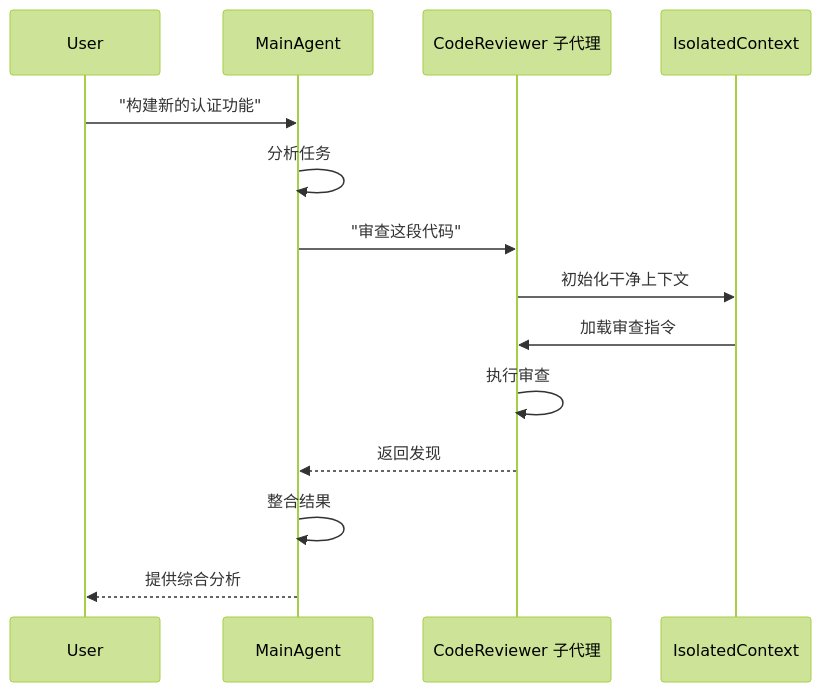
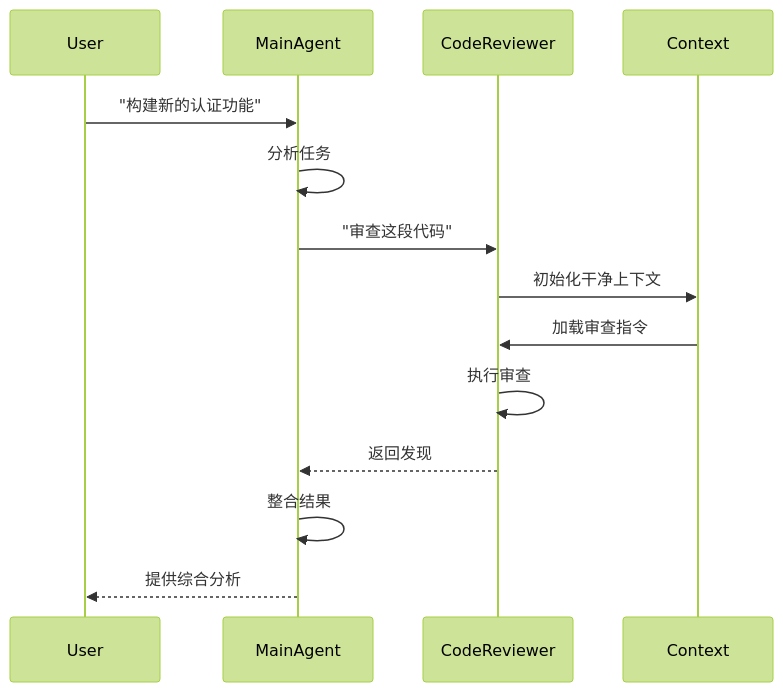
The fifth of 31 diagrams in claude_concepts_guide.md (Rx782-Fss/claude-howto-zh), drawn with Mermaid (forest theme) before and after one commit. The commit also changed other lines of this file and 104 other files, not shown here.

````diff
--- a/claude_concepts_guide.md
+++ b/claude_concepts_guide.md
@@ -242,17 +242,17 @@
 ```mermaid
 sequenceDiagram
     participant User
     participant MainAgent as MainAgent
-    participant CodeReviewer as CodeReviewer 子代理
-    participant Context as IsolatedContext
+    participant CodeReviewer as CodeReviewer
+    participant Context as Context
 
     User->>MainAgent: "构建新的认证功能"
     MainAgent->>MainAgent: 分析任务
     MainAgent->>CodeReviewer: "审查这段代码"
     CodeReviewer->>Context: 初始化干净上下文
     Context->>CodeReviewer: 加载审查指令
     CodeReviewer->>CodeReviewer: 执行审查
     CodeReviewer-->>MainAgent: 返回发现
     MainAgent->>MainAgent: 整合结果
     MainAgent-->>User: 提供综合分析
 ```
````
